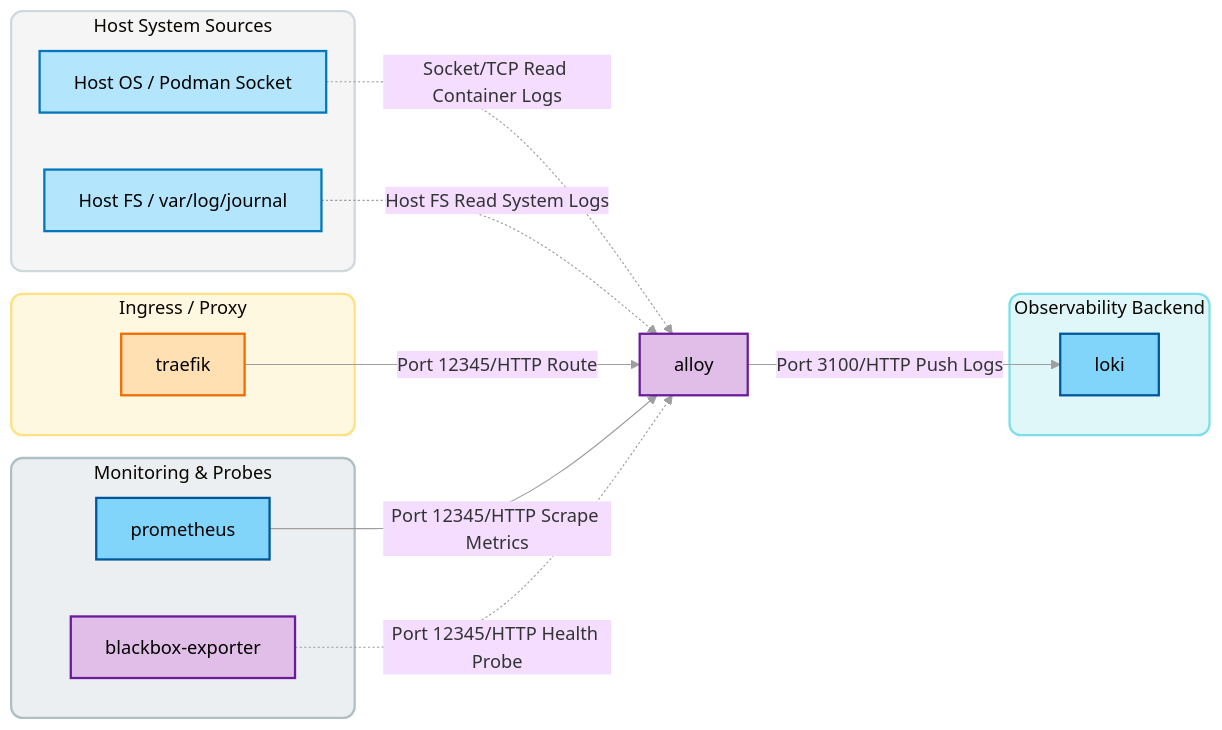
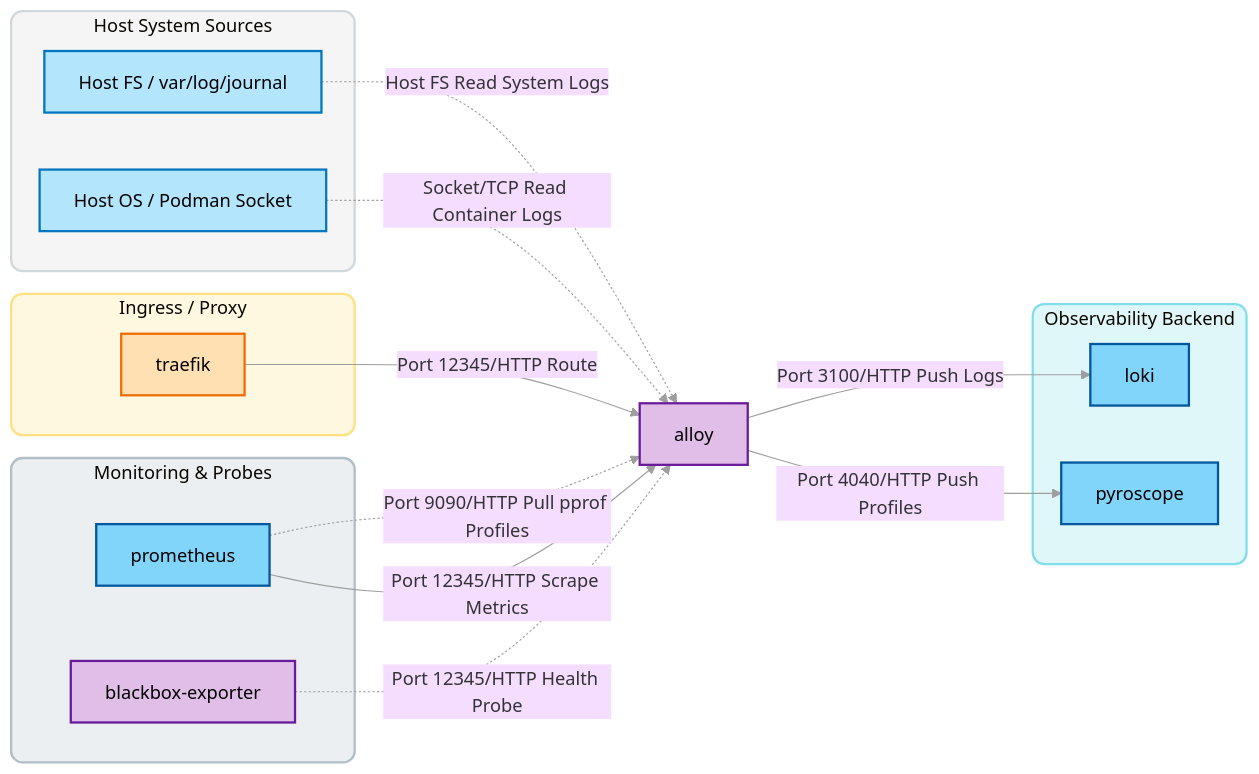
The diagram in mermaid/alloy-detailed-diagram.mmd (tedsluis/monitoring), drawn with Mermaid before and after one commit. The commit also changed 23 other files, not shown here.

Commit message:
added mermaid diagrams, screenshots, comments and index tiles.

```diff
--- a/mermaid/alloy-detailed-diagram.mmd
+++ b/mermaid/alloy-detailed-diagram.mmd
@@ -1,49 +1,52 @@
 %%{init: {'theme': 'base', 'themeVariables': { 'lineColor': '#9e9e9e' }}}%%
 flowchart LR
 %% Native Mermaid Styling (No HTML) - Node Classes
 classDef obsNode fill:#81d4fa,stroke:#01579b,stroke-width:2px,color:#000000;
 classDef proxyNode fill:#ffe0b2,stroke:#ef6c00,stroke-width:2px,color:#000000;
 classDef collectNode fill:#e1bee7,stroke:#6a1b9a,stroke-width:2px,color:#000000;
 classDef hostNode fill:#b3e5fc,stroke:#0277bd,stroke-width:2px,color:#000000;
 
 %% Core Component
 alloy[alloy]:::collectNode
 
 %% Grouped Components
 subgraph Host [Host System Sources]
 journald[Host FS / var/log/journal]:::hostNode
 podman_socket[Host OS / Podman Socket]:::hostNode
 end
 
 subgraph Ingress [Ingress / Proxy]
 traefik[traefik]:::proxyNode
 end
 
 subgraph Observability [Observability Backend]
 loki[loki]:::obsNode
+pyroscope[pyroscope]:::obsNode
 end
 
 subgraph Monitoring [Monitoring & Probes]
 prometheus[prometheus]:::obsNode
 blackbox_exporter[blackbox-exporter]:::collectNode
 end
 
-%% Log Collection (Inputs)
+%% Data Collection (Inputs)
 podman_socket -.->|Socket/TCP Read Container Logs| alloy
 journald -.->|Host FS Read System Logs| alloy
+prometheus -.->|Port 9090/HTTP Pull pprof Profiles| alloy
 
-%% Log Export (Outputs)
+%% Data Export (Outputs)
 alloy -->|Port 3100/HTTP Push Logs| loki
+alloy -->|Port 4040/HTTP Push Profiles| pyroscope
 
 %% Ingress Routing
 traefik -->|Port 12345/HTTP Route| alloy
 
 %% Metrics Scraping & Probes
 prometheus -->|Port 12345/HTTP Scrape Metrics| alloy
 blackbox_exporter -.->|Port 12345/HTTP Health Probe| alloy
 
 %% Subgraph Styling (Background blocks)
 style Host fill:#f5f5f5,stroke:#cfd8dc,stroke-width:2px,rx:10,ry:10
 style Ingress fill:#fff8e1,stroke:#ffe082,stroke-width:2px,rx:10,ry:10
 style Observability fill:#e0f7fa,stroke:#80deea,stroke-width:2px,rx:10,ry:10
 style Monitoring fill:#eceff1,stroke:#b0bec5,stroke-width:2px,rx:10,ry:10
```
